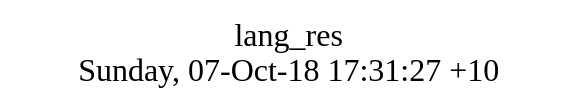
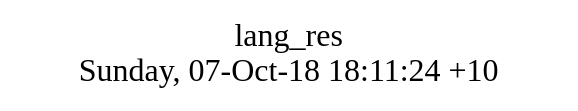
The diagram in src/lang_res/struct.dot (AplaProject/apps), drawn with Graphviz before and after one commit. The commit also changed 3 other files, not shown here.

```diff
--- a/src/lang_res/struct.dot
+++ b/src/lang_res/struct.dot
@@ -1,8 +1,8 @@
 digraph G {
 fontsize="24";
-label="lang_res\nSunday, 07-Oct-18 17:31:27 +10";
+label="lang_res\nSunday, 07-Oct-18 18:11:24 +10";
 nojustify=true;
 ordering=out;
 rankdir=LR;
 size="30";
 }
```
